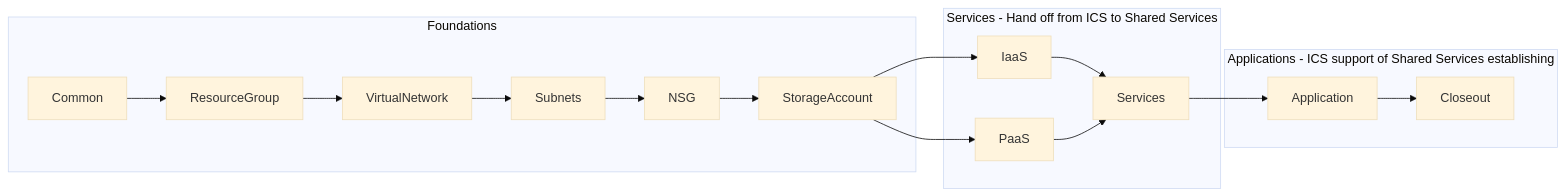
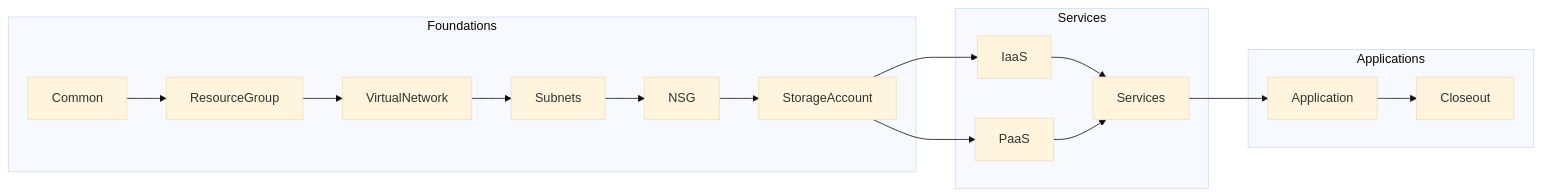
The first of 2 diagrams in azure-BlueShift/README.md (slagathor34/awx-lab), drawn with Mermaid (base theme) before and after one commit.

````diff
--- a/azure-BlueShift/README.md
+++ b/azure-BlueShift/README.md
@@ -15,22 +15,22 @@
 ```mermaid
 flowchart LR
   subgraph Foundations
     Node0[Common] --> Node1[ResourceGroup]
     Node1[ResourceGroup] --> Node2[VirtualNetwork]
     Node2[VirtualNetwork] --> Node3[Subnets]
     Node3[Subnets] --> Node4[NSG]
     Node4[NSG] --> Node5[StorageAccount]
   end
   
-  subgraph Services - Hand off from ICS to Shared Services
+  subgraph Services
     Node5[StorageAccount] --> Node6[IaaS]
     Node5[StorageAccount] --> Node7[PaaS]
     Node6[IaaS] --> Node8[Services]
     Node7[PaaS] --> Node8[Services]
   end
   
-  subgraph Applications - ICS support of Shared Services establishing 
+  subgraph Applications 
     Node8[Services] --> Node9[Application]
     Node9[Application] --> Node10[Closeout]
   end
 ```
````
